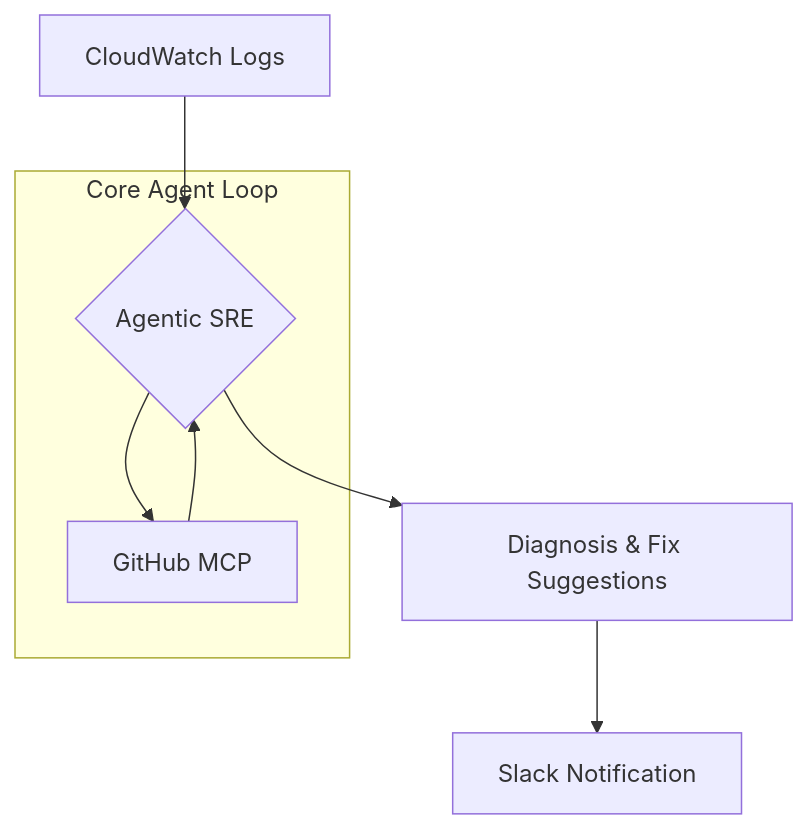
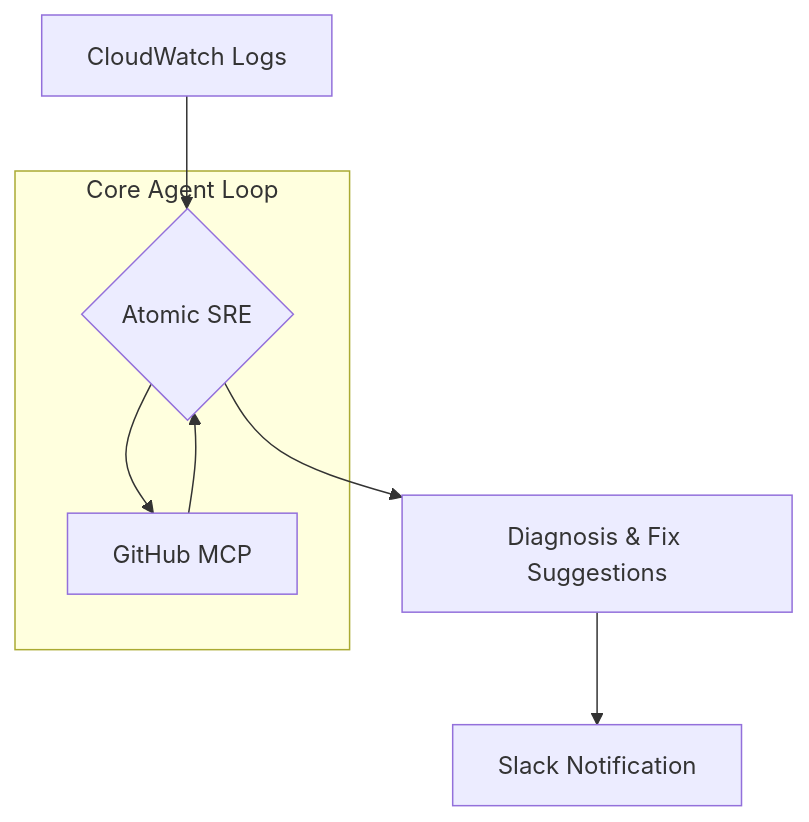
The diagram in README.md (DsThakurRawat/Atomic-SRE), drawn with Mermaid before and after one commit. The commit also changed other lines of this file and 186 other files, not shown here.

Commit message:
refactor(core): migrate internal namespace to atomic_sre standard

````diff
--- a/README.md
+++ b/README.md
@@ -77,13 +77,13 @@
 ```mermaid
 graph TD
-    A[CloudWatch Logs] --> B{Agentic SRE}
+    A[CloudWatch Logs] --> B{Atomic SRE}
     B --> C[GitHub MCP]
     C --> B
     B --> D[Diagnosis & Fix Suggestions]
     D --> E[Slack Notification]
     
     subgraph "Core Agent Loop"
     B
     C
     end
 ```
````
